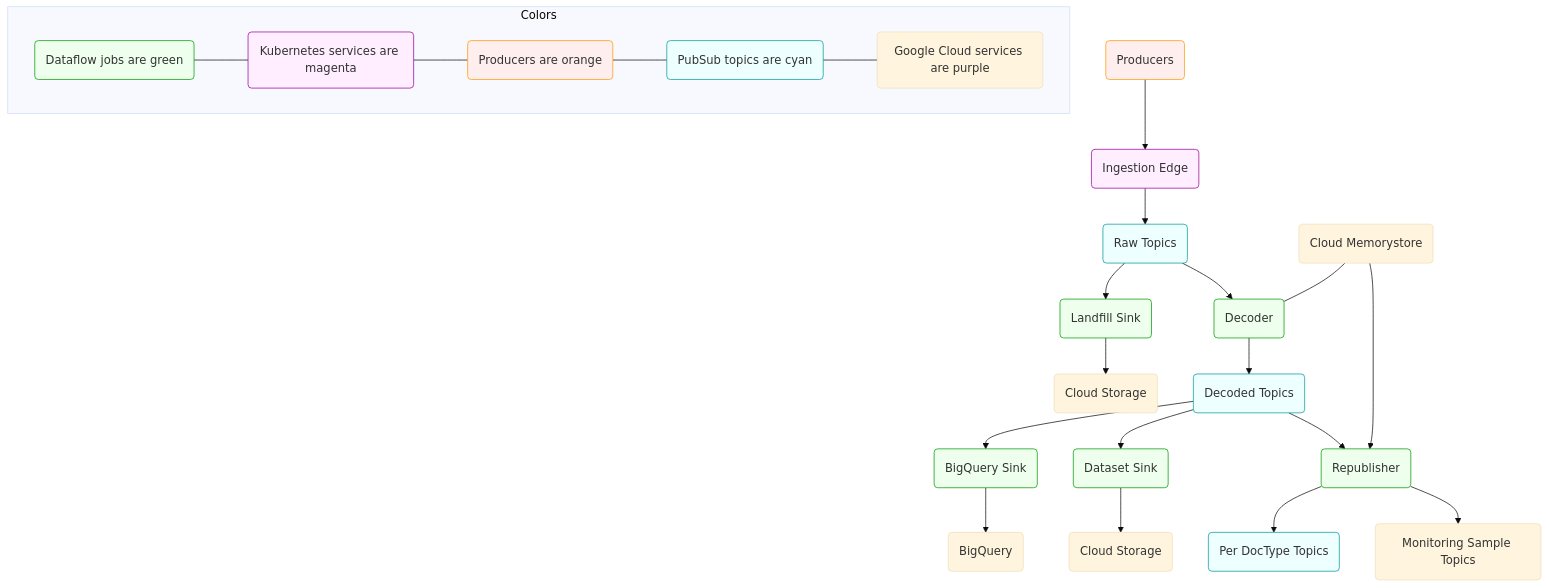
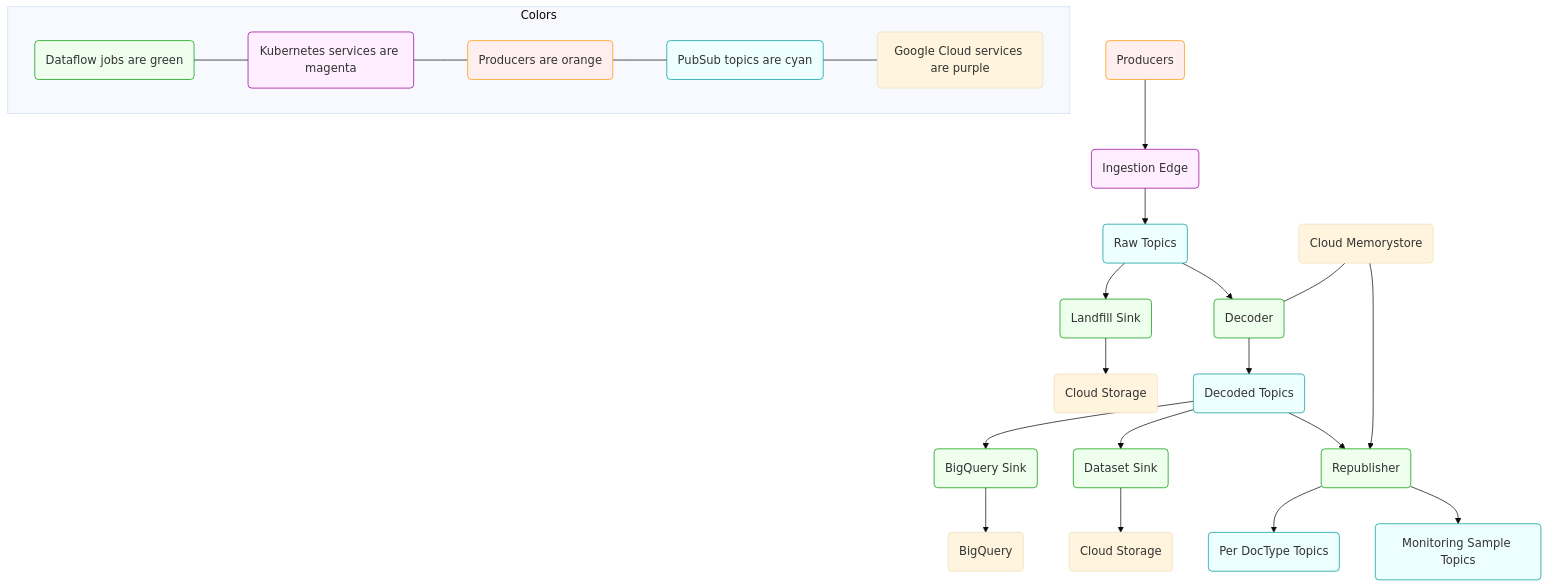
One commit to mozilla/gcp-ingestion changed the diagram in docs/architecture/diagram.mmd. Above: the diagram before and after it, drawn with Mermaid (base theme). The commit also changed 1 other file, not shown here.

```diff
--- a/docs/architecture/diagram.mmd
+++ b/docs/architecture/diagram.mmd
@@ -1,47 +1,47 @@
 %% To install the mmdc command run:
 %%   npm install -g mermaid.cli
 %% To update this file run:
 %%   mmdc -i diagram.mmd -o diagram.svg
 %% Or use the docker wrapper in this repo (from the top-level directory):
 %%   ./bin/update-diagrams
 
 graph TD
 
 f1(Producers) --> k1(Ingestion Edge)
 k1 --> p1(Raw Topics)
 p1 --> d1(Landfill Sink)
 d1 --> c1(Cloud Storage)
 p1 --> d2(Decoder)
 m1(Cloud Memorystore) --- d2
 d2 --> p2(Decoded Topics)
 p2 --> d3(BigQuery Sink)
 d3 --> b1(BigQuery)
 p2 --> d4(Dataset Sink)
 d4 --> c2(Cloud Storage)
 p2 --> d5(Republisher)
 m1 --> d5
 d5 --> p5(Per DocType Topics)
 d5 --> p6(Monitoring Sample Topics)
 
 subgraph Colors
     d(Dataflow jobs are green)
     k(Kubernetes services are magenta)
     f(Producers are orange)
     p(PubSub topics are cyan)
     g(Google Cloud services are purple)
 
     %% connect them to make the key vertical
     d --- k
     k --- f
     f --- p
     p --- g
 end
 
 classDef cyan fill:#eff,stroke:#099;
 classDef green fill:#efe,stroke:#090;
 classDef magenta fill:#fef,stroke:#909;
 classDef orange fill:#fee,stroke:#f90;
-class p,p0,p1,p2,p3,p4,p5 cyan
+class p,p0,p1,p2,p3,p4,p5,p6 cyan
 class d,d0,d1,d2,d3,d4,d5 green
 class k,k0,k1 magenta
 class f,f1 orange
```
